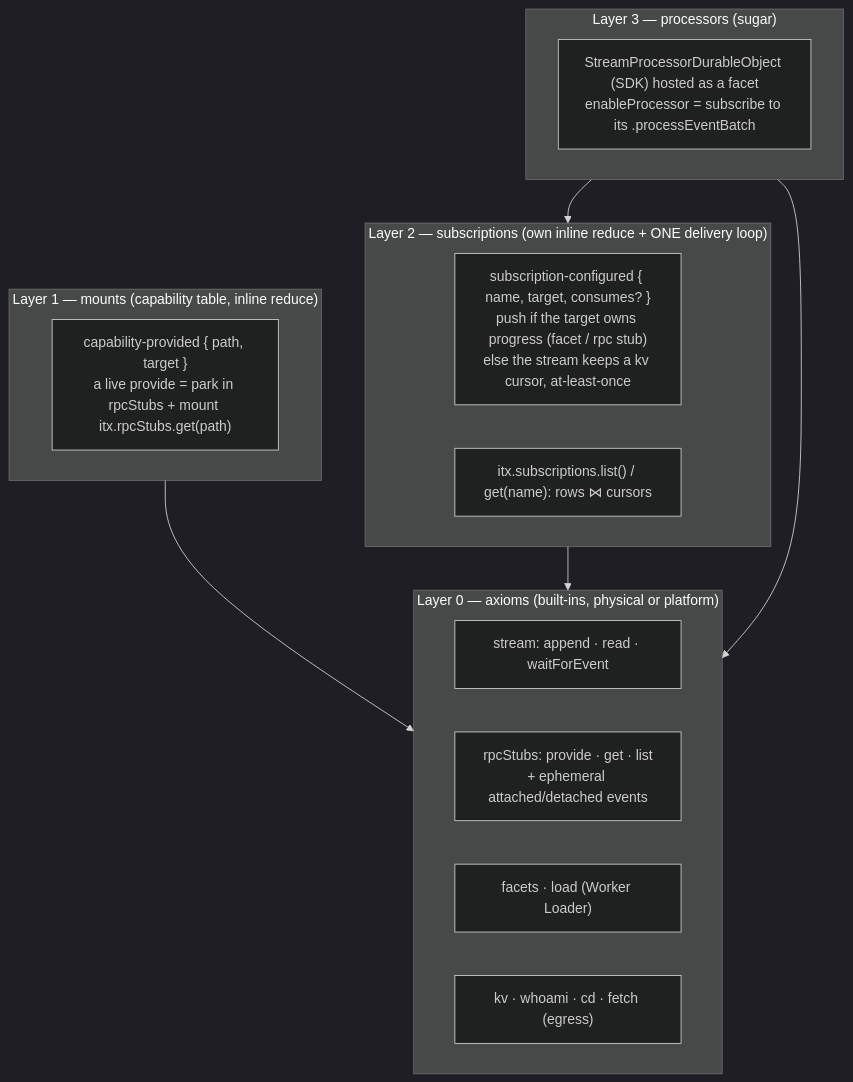
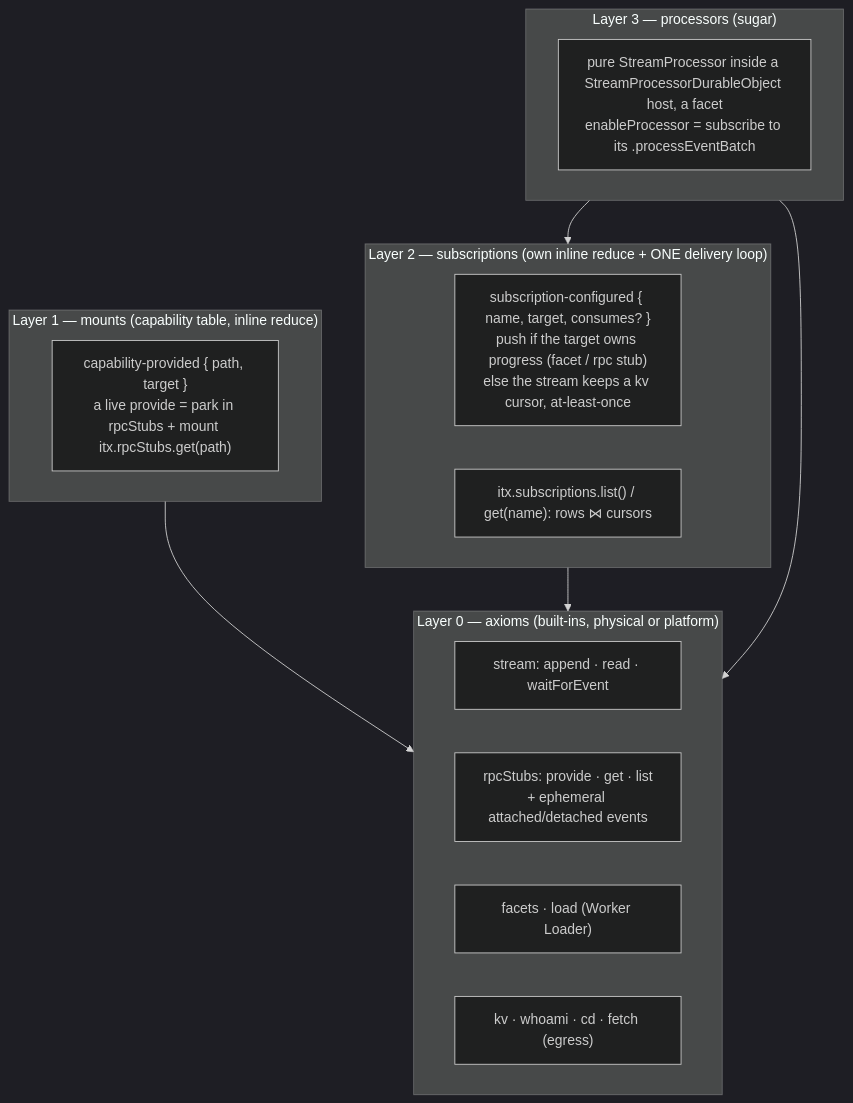
One commit to iterate/iterate changed the diagram in packages/v3/project-worker/docs/design-onion-subscriptions-processors.md. Above: the diagram before and after it, drawn with Mermaid (dark theme). The commit also changed other lines of this file and 34 other files, not shown here.

First line of the commit message:
Clean-room: the processor is a pure class — StreamProcessor + a one-field DurableObject host

````diff
--- a/packages/v3/project-worker/docs/design-onion-subscriptions-processors.md
+++ b/packages/v3/project-worker/docs/design-onion-subscriptions-processors.md
@@ -37,23 +37,23 @@
 ```mermaid
 flowchart TB
   subgraph L0["Layer 0 — axioms (built-ins, physical or platform)"]
     stream["stream: append · read · waitForEvent"]
     stubs["rpcStubs: provide · get · list<br/>+ ephemeral attached/detached events"]
     facets["facets · load (Worker Loader)"]
     misc["kv · whoami · cd · fetch (egress)"]
   end
   subgraph L1["Layer 1 — mounts (capability table, inline reduce)"]
     mount["capability-provided { path, target }<br/>a live provide = park in rpcStubs + mount itx.rpcStubs.get(path)"]
   end
   subgraph L2["Layer 2 — subscriptions (own inline reduce + ONE delivery loop)"]
     sub["subscription-configured { name, target, consumes? }<br/>push if the target owns progress (facet / rpc stub)<br/>else the stream keeps a kv cursor, at-least-once"]
     view["itx.subscriptions.list() / get(name): rows ⋈ cursors"]
   end
   subgraph L3["Layer 3 — processors (sugar)"]
-    proc["StreamProcessorDurableObject (SDK) hosted as a facet<br/>enableProcessor = subscribe to its .processEventBatch"]
+    proc["pure StreamProcessor inside a StreamProcessorDurableObject host, a facet<br/>enableProcessor = subscribe to its .processEventBatch"]
   end
   L1 --> L0
   L2 --> L0
   L3 --> L2
   L3 --> L0
 ```
````
